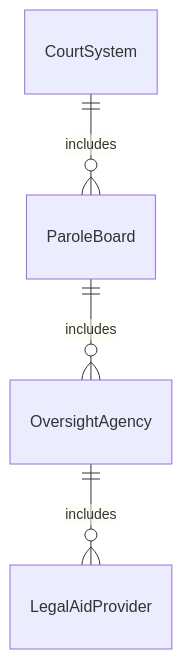
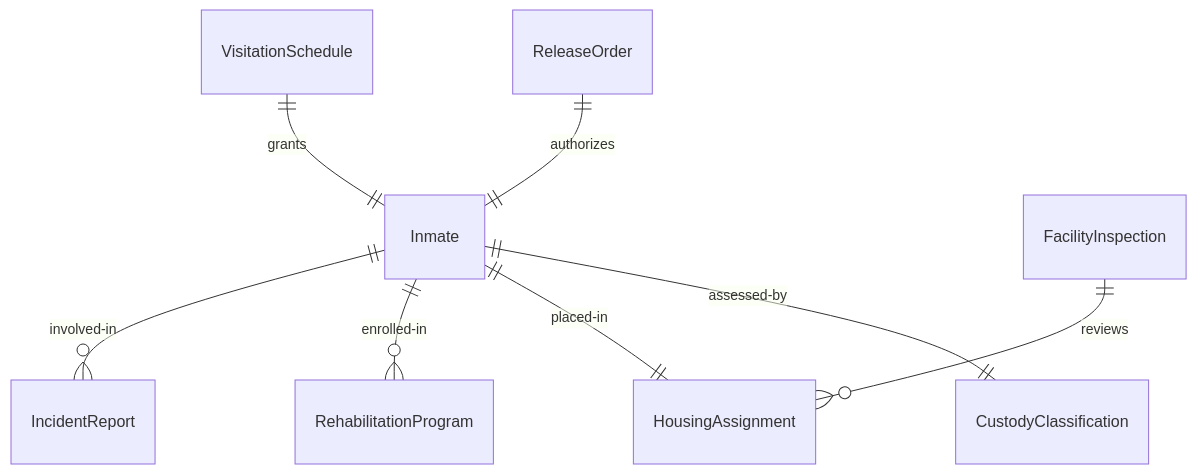
One commit to dot-org-ai/tasks.org.ai changed the first of 4 diagrams in GuidingDirectingAndMotivatingSubordinates/DirectOrganizationalOperationsActivitiesOrProcedures/DirectOperationsCorrectionalFacilities.mdx. Above: the diagram before and after it, drawn with Mermaid. The commit also changed other lines of this file and 515 other files, not shown here.

````diff
--- a/GuidingDirectingAndMotivatingSubordinates/DirectOrganizationalOperationsActivitiesOrProcedures/DirectOperationsCorrectionalFacilities.mdx
+++ b/GuidingDirectingAndMotivatingSubordinates/DirectOrganizationalOperationsActivitiesOrProcedures/DirectOperationsCorrectionalFacilities.mdx
@@ -94,6 +94,10 @@
 ```mermaid
 erDiagram
-    CourtSystem ||--o{ ParoleBoard : includes
-    ParoleBoard ||--o{ OversightAgency : includes
-    OversightAgency ||--o{ LegalAidProvider : includes
+    Inmate ||--|| CustodyClassification : "assessed-by"
+    Inmate ||--|| HousingAssignment : "placed-in"
+    Inmate ||--o{ RehabilitationProgram : "enrolled-in"
+    Inmate ||--o{ IncidentReport : "involved-in"
+    ReleaseOrder ||--|| Inmate : "authorizes"
+    FacilityInspection ||--o{ HousingAssignment : "reviews"
+    VisitationSchedule ||--|| Inmate : "grants"
 ```
````
